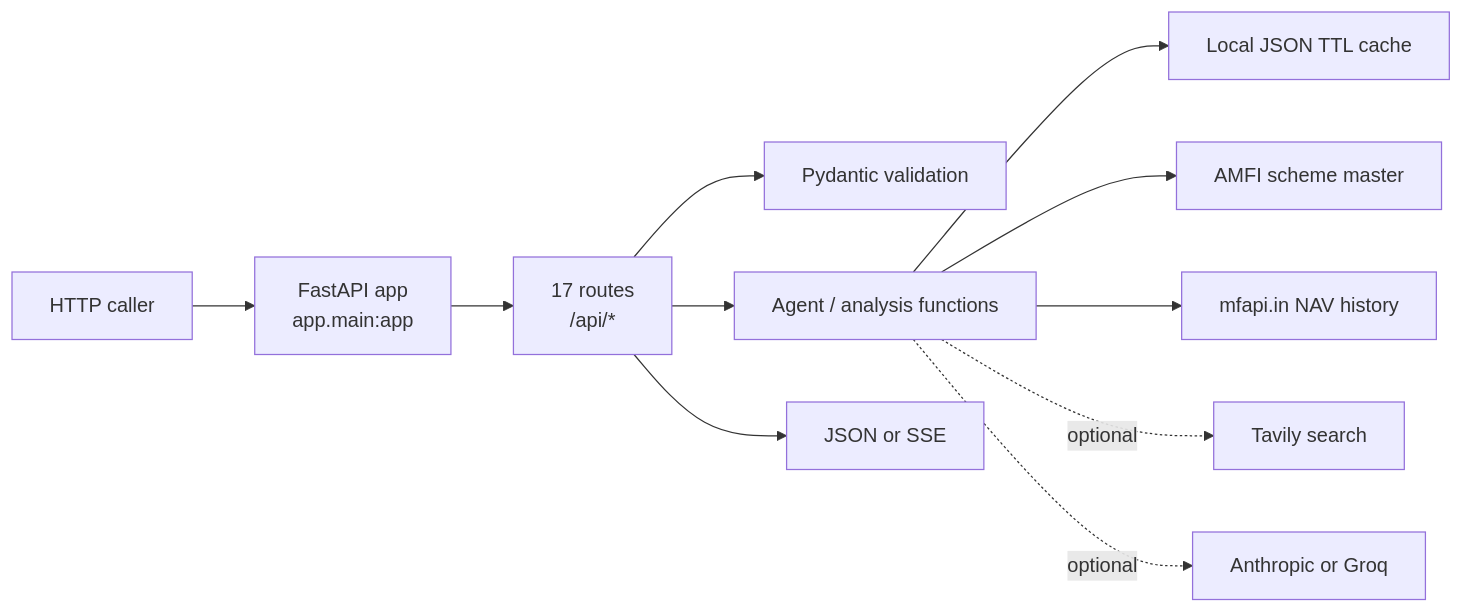
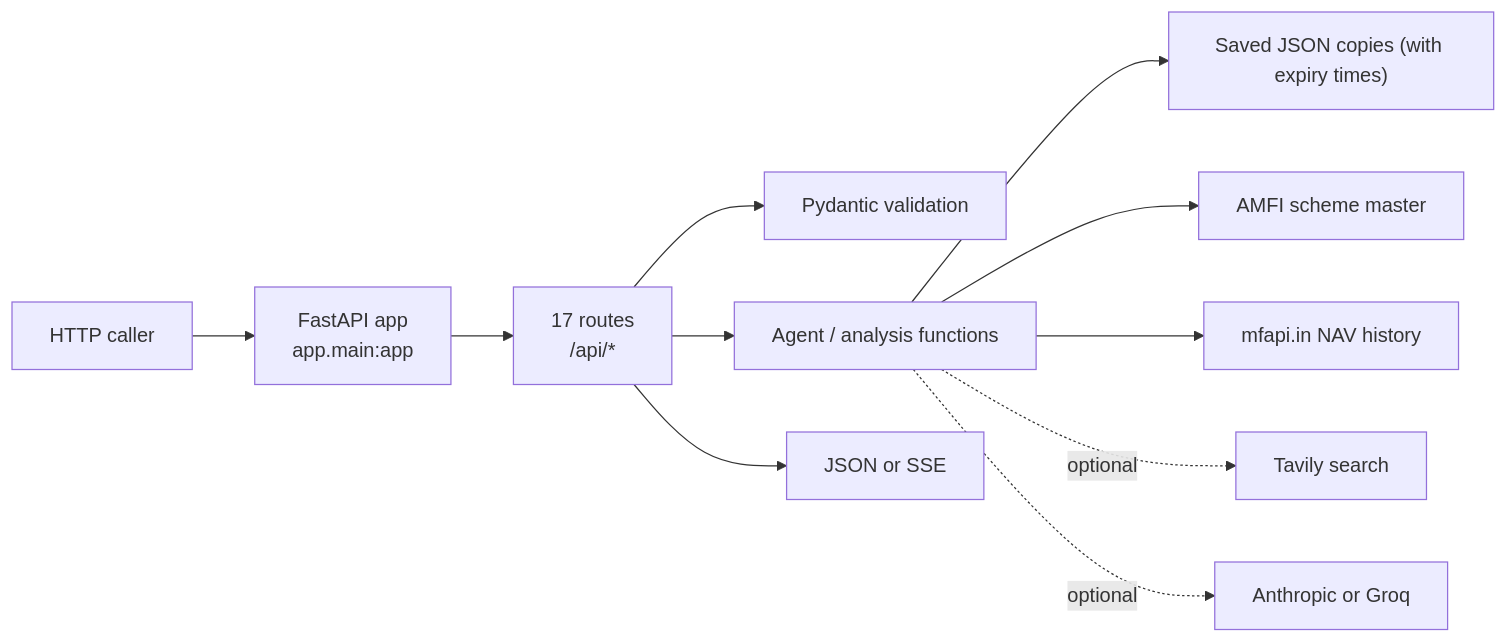
Before and after one commit to chamanthmvs/Truthfolio: the first of 6 diagrams in docs/BACKEND.md, drawn with Mermaid. The commit also changed other lines of this file, not shown here.

````diff
--- a/docs/BACKEND.md
+++ b/docs/BACKEND.md
@@ -49,13 +73,13 @@
 ```mermaid
 flowchart LR
     Caller["HTTP caller"] --> App["FastAPI app<br/>app.main:app"]
     App --> Routes["17 routes<br/>/api/*"]
     Routes --> Models["Pydantic validation"]
     Routes --> Pipeline["Agent / analysis functions"]
-    Pipeline --> Cache["Local JSON TTL cache"]
+    Pipeline --> Cache["Saved JSON copies (with expiry times)"]
     Pipeline --> AMFI["AMFI scheme master"]
     Pipeline --> NAV["mfapi.in NAV history"]
     Pipeline -. optional .-> Tavily["Tavily search"]
     Pipeline -. optional .-> LLM["Anthropic or Groq"]
     Routes --> Response["JSON or SSE"]
 ```
````
